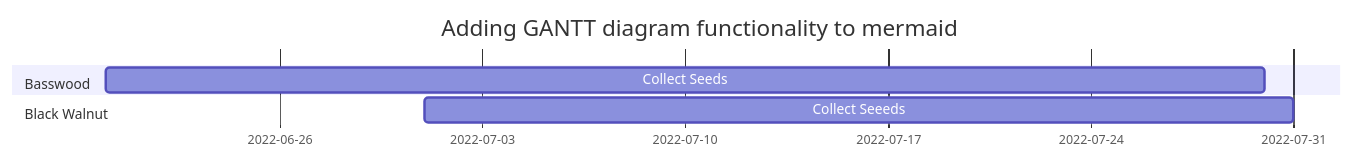
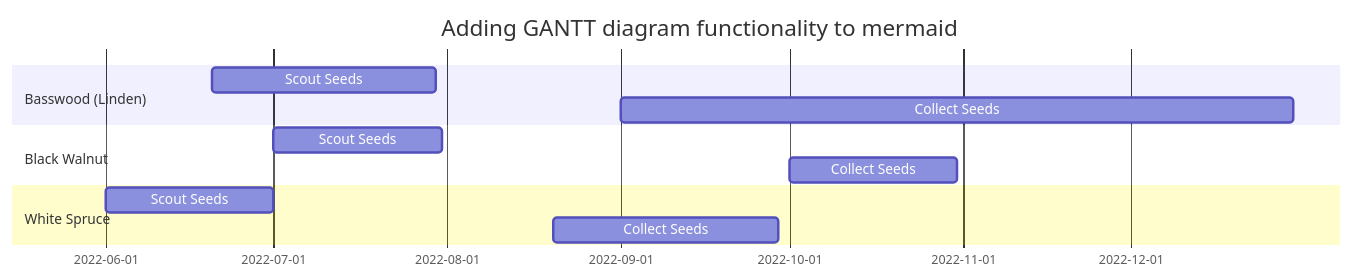
The diagram in _drafts/tree-seeds.md (jknutson/jknutson.github.io), drawn with Mermaid before and after one commit. The commit also changed other lines of this file, not shown here.

Commit message:
tree seed updates

````diff
--- a/_drafts/tree-seeds.md
+++ b/_drafts/tree-seeds.md
@@ -3,12 +3,18 @@
 ```mermaid
 gantt
     dateFormat  YYYY-MM-DD
     title       Adding GANTT diagram functionality to mermaid
 
-    section Basswood
-    Collect Seeds         :2022-06-20, 40d
+    section Basswood (Linden)
+    Scout Seeds         :2022-06-20, 40d
+    Collect Seeds       :2022-09-01, 120d
 
     section Black Walnut
-    Collect Seeeds        :2022-07-01, 30d
+    Scout Seeds         :2022-07-01, 30d
+    Collect Seeds       :2022-10-01, 30d
+
+    section White Spruce
+    Scout Seeds         :2022-06-01, 30d
+    Collect Seeds       :2022-08-20, 40d
 
 ```
````
